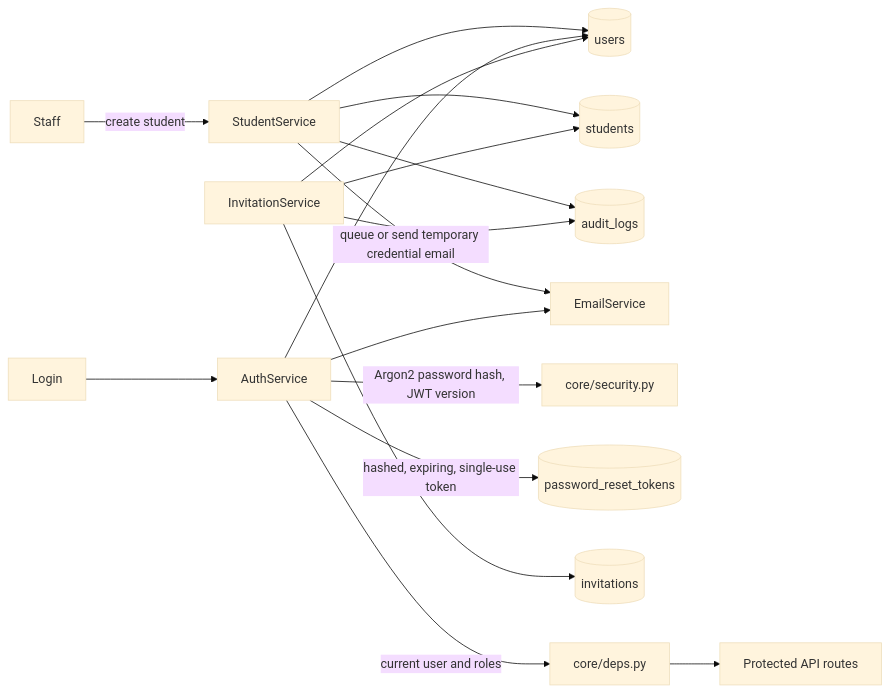
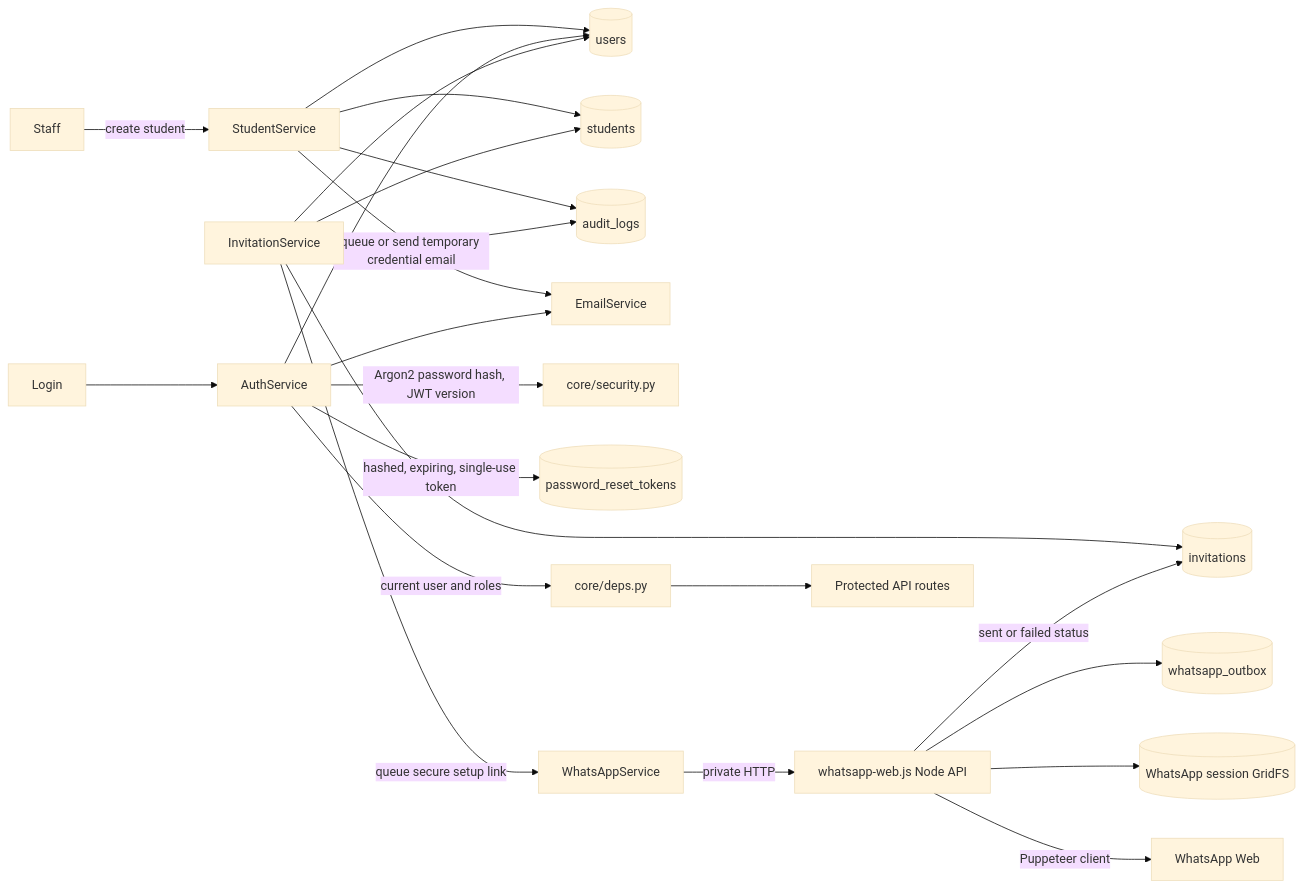
Before and after one commit to light-5513/thub_gu_lms: the fourth of 4 diagrams in docs/KNOWLEDGE_GRAPH.md, drawn with Mermaid (base theme). The commit also changed other lines of this file and 26 other files, not shown here.

````diff
--- a/docs/KNOWLEDGE_GRAPH.md
+++ b/docs/KNOWLEDGE_GRAPH.md
@@ -120,19 +130,25 @@
 ```mermaid
 flowchart LR
   Staff -->|create student| StudentService
   StudentService --> User[(users)]
   StudentService --> Student[(students)]
   StudentService --> Audit[(audit_logs)]
   StudentService -->|queue or send temporary credential email| Email[EmailService]
   Login[Login] --> Auth[AuthService]
   Auth --> User
   Auth -->|Argon2 password hash, JWT version| Security[core/security.py]
   Auth -->|hashed, expiring, single-use token| Reset[(password_reset_tokens)]
   Auth --> Email
   Invitation[InvitationService] --> Invites[(invitations)]
   Invitation --> User
   Invitation --> Student
   Invitation --> Audit
+  Invitation -->|queue secure setup link| WAService[WhatsAppService]
+  WAService -->|private HTTP| NodeAPI[whatsapp-web.js Node API]
+  NodeAPI --> Outbox[(whatsapp_outbox)]
+  NodeAPI -->|sent or failed status| Invites
+  NodeAPI --> Session[(WhatsApp session GridFS)]
+  NodeAPI -->|Puppeteer client| WhatsAppWeb[WhatsApp Web]
   Auth -->|current user and roles| Guards[core/deps.py]
   Guards --> Routes[Protected API routes]
 ```
````
